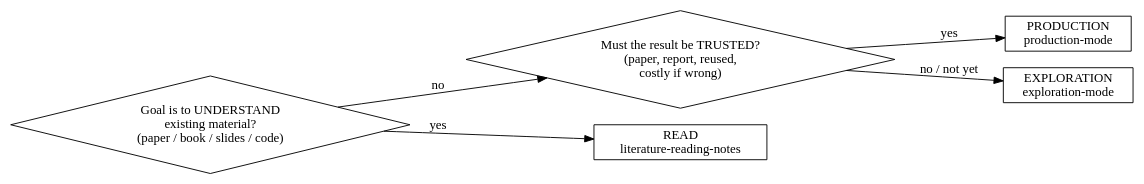
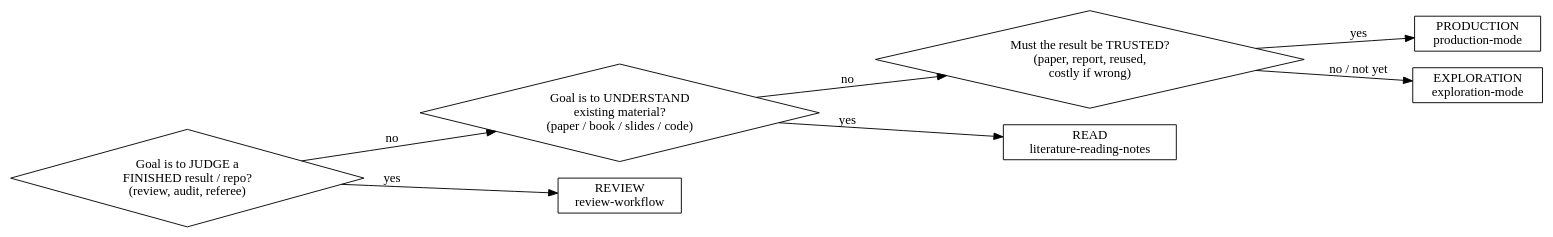
One commit to Yamauch17/physics-research-skills changed the diagram in plugins/physics-research/skills/research-mode-router/SKILL.md. Above: the diagram before and after it, drawn with Graphviz. The commit also changed other lines of this file and 15 other files, not shown here.

First line of the commit message:
Split review out of production into an independent review workflow

````diff
--- a/plugins/physics-research/skills/research-mode-router/SKILL.md
+++ b/plugins/physics-research/skills/research-mode-router/SKILL.md
@@ -15,14 +16,18 @@
 ```dot
 digraph mode {
   rankdir=LR;
+  q0 [shape=diamond,label="Goal is to JUDGE a\nFINISHED result / repo?\n(review, audit, referee)"];
   q1 [shape=diamond,label="Goal is to UNDERSTAND\nexisting material?\n(paper / book / slides / code)"];
   q2 [shape=diamond,label="Must the result be TRUSTED?\n(paper, report, reused,\ncostly if wrong)"];
+  rev [shape=box,label="REVIEW\nreview-workflow"];
   read [shape=box,label="READ\nliterature-reading-notes"];
   prod [shape=box,label="PRODUCTION\nproduction-mode"];
   expl [shape=box,label="EXPLORATION\nexploration-mode"];
+  q0 -> rev [label="yes"];
+  q0 -> q1 [label="no"];
   q1 -> read [label="yes"];
   q1 -> q2 [label="no"];
   q2 -> prod [label="yes"];
   q2 -> expl [label="no / not yet"];
 }
 ```
````
